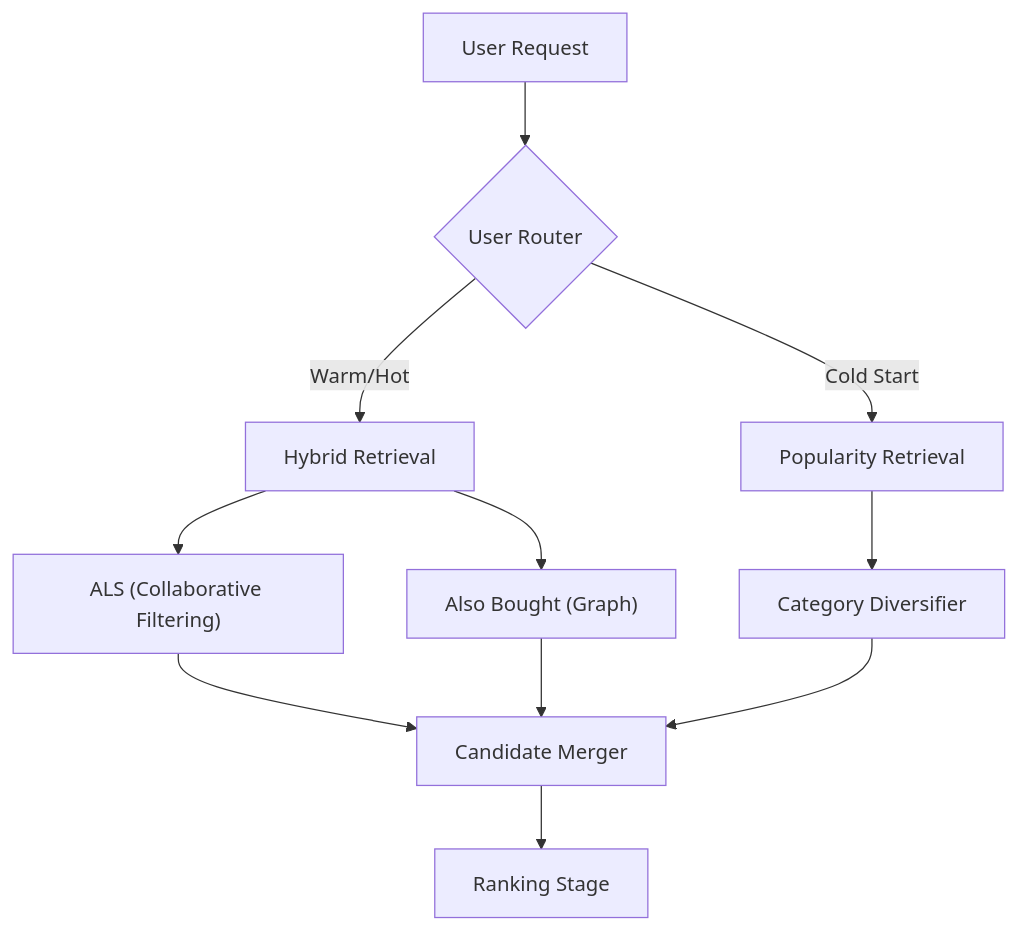
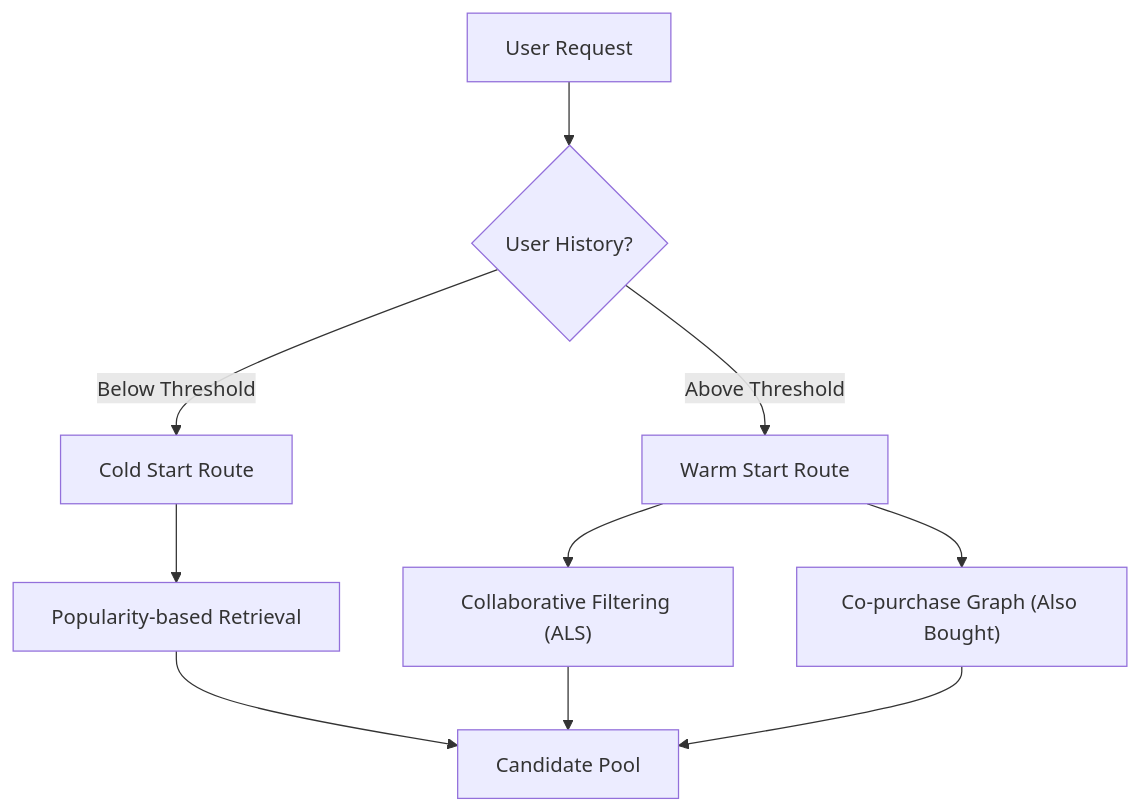
Before and after one commit to shinymacktest/gitdex-docs: the diagram in docs/sohamukute/feedrank/3_candidate_retrieval.mdx, drawn with Mermaid. The commit also changed other lines of this file and 10 other files, not shown here.

````diff
--- a/docs/sohamukute/feedrank/3_candidate_retrieval.mdx
+++ b/docs/sohamukute/feedrank/3_candidate_retrieval.mdx
@@ -14,13 +14,12 @@
 ```mermaid
 graph TD
-    User["User Request"] --> Router{"User Router"}
-    Router -- "Cold Start" --> PopRet["Popularity Retrieval"]
-    Router -- "Warm/Hot" --> Hybrid["Hybrid Retrieval"]
-    Hybrid --> ALS["ALS (Collaborative Filtering)"]
-    Hybrid --> AB["Also Bought (Graph)"]
-    PopRet --> Diver["Category Diversifier"]
-    ALS --> Merge["Candidate Merger"]
-    AB --> Merge
-    Diver --> Merge
-    Merge --> Rank["Ranking Stage"]
+    A["User Request"] --> B{"User History?"}
+    B -- "Below Threshold" --> C["Cold Start Route"]
+    B -- "Above Threshold" --> D["Warm Start Route"]
+    C --> E["Popularity-based Retrieval"]
+    D --> F["Collaborative Filtering (ALS)"]
+    D --> G["Co-purchase Graph (Also Bought)"]
+    E --> H["Candidate Pool"]
+    F --> H
+    G --> H
 ```
````
